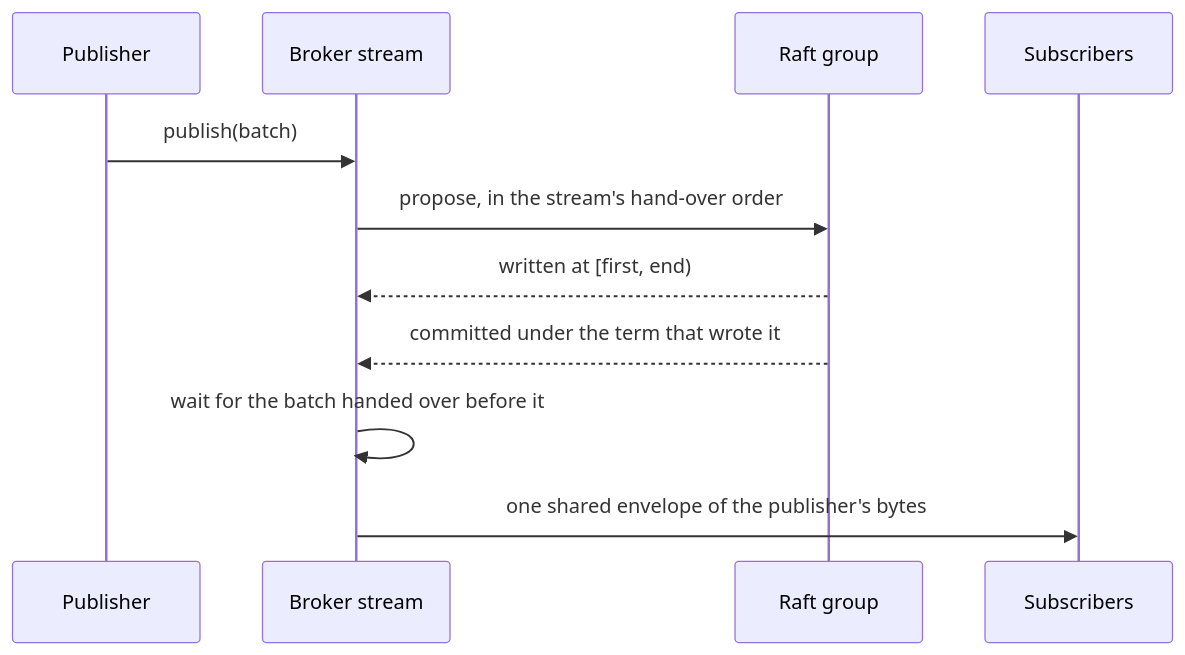
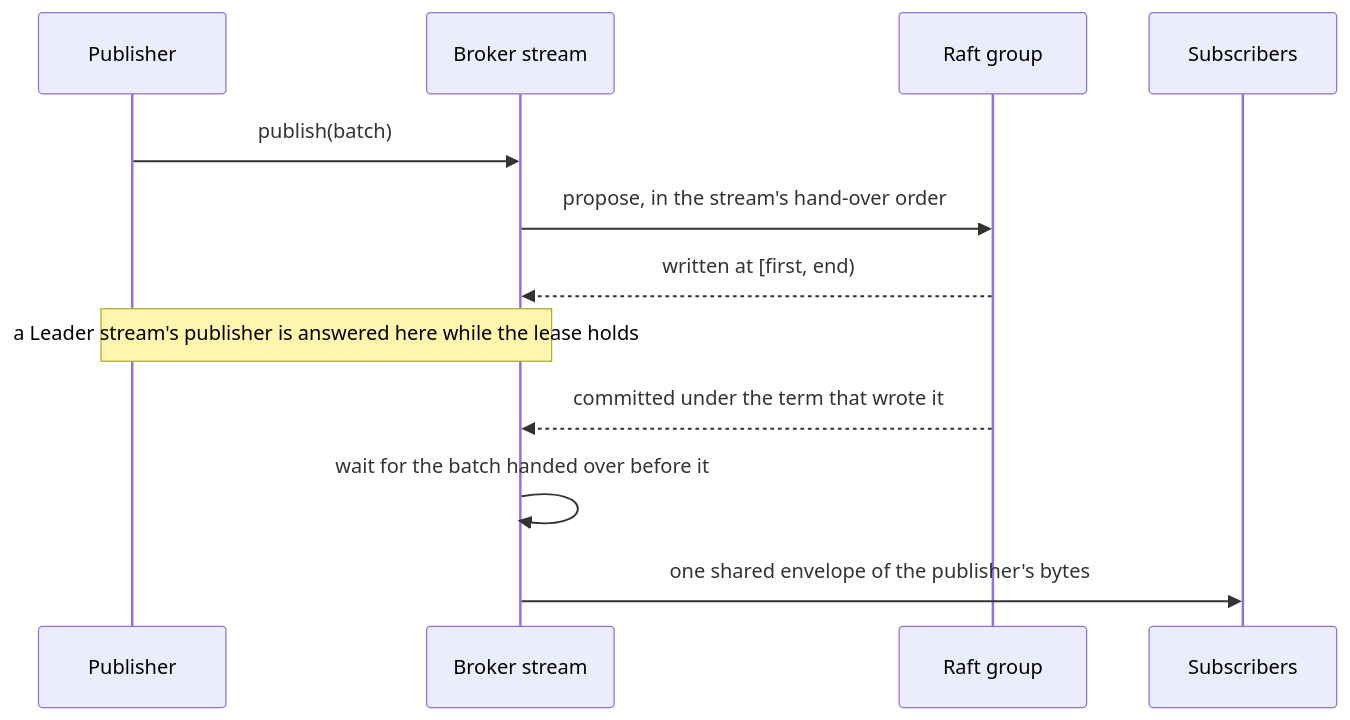
Before and after one commit to GetFelix/felix: the fourth of 6 diagrams in docs/per-shard-raft.md, drawn with Mermaid. The commit also changed other lines of this file and 21 other files, not shown here.

First line of the commit message:
feat(raft): a Leader stream's publish is answered on the leader lease (#2436)

````diff
--- a/docs/per-shard-raft.md
+++ b/docs/per-shard-raft.md
@@ -1792,13 +1846,14 @@
 ```mermaid
 sequenceDiagram
     participant P as Publisher
     participant B as Broker stream
     participant R as Raft group
     participant S as Subscribers
     P->>B: publish(batch)
     B->>R: propose, in the stream's hand-over order
     R-->>B: written at [first, end)
+    Note over P,B: a Leader stream's publisher is answered here while the lease holds
     R-->>B: committed under the term that wrote it
     B->>B: wait for the batch handed over before it
     B->>S: one shared envelope of the publisher's bytes
 ```
````
